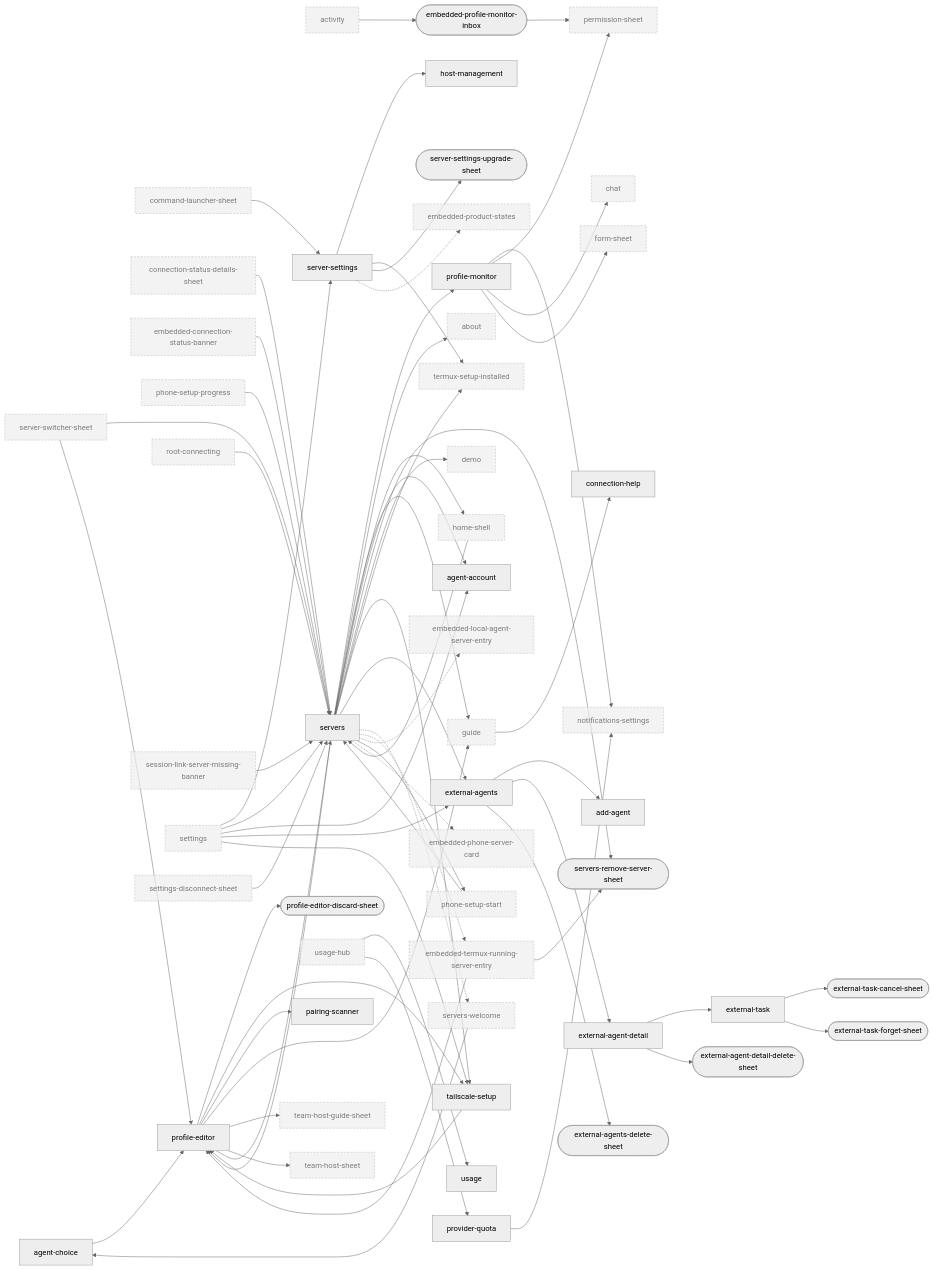
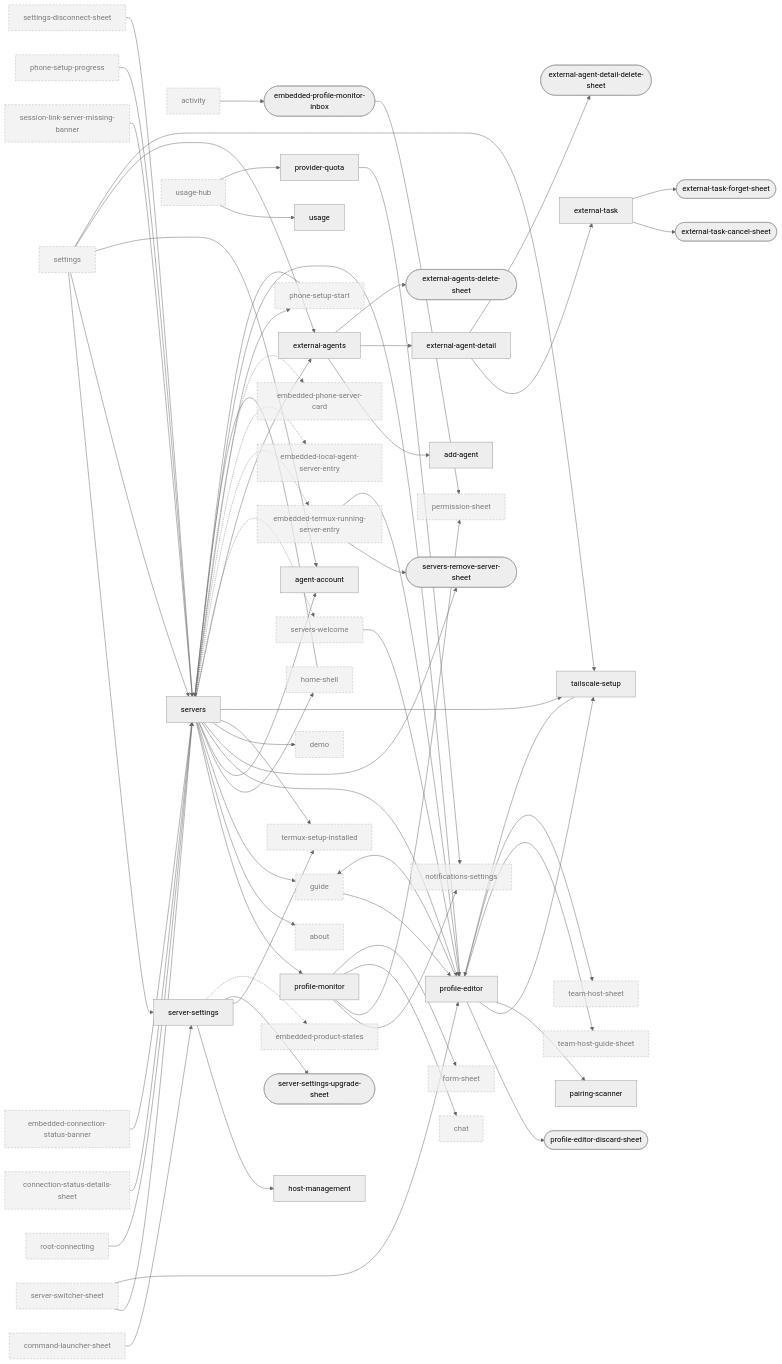
The fifth of 10 diagrams in docs/design/ui-ledger/navigation.md (Breskott/opencode-mobile-next), drawn with Mermaid (neutral theme) before and after one commit. The commit also changed other lines of this file and 79 other files, not shown here.

First line of the commit message:
feat(servers): P3.9 add a computer in one path — agent choice and connection help fold into Add server's steps [skip ci]

```diff
--- a/docs/design/ui-ledger/navigation.md
+++ b/docs/design/ui-ledger/navigation.md
@@ -685,10 +685,8 @@
   activity["activity"]:::ext
   add_agent["add-agent"]
   agent_account["agent-account"]
-  agent_choice["agent-choice"]
   chat["chat"]:::ext
   command_launcher_sheet["command-launcher-sheet"]:::ext
-  connection_help["connection-help"]
   connection_status_details_sheet["connection-status-details-sheet"]:::ext
   demo["demo"]:::ext
   embedded_connection_status_banner["embedded-connection-status-banner"]:::ext
@@ -752,8 +750,7 @@
   servers --> termux_setup_installed
   servers --> tailscale_setup
   servers --> external_agents
-  servers_welcome --> agent_choice
-  agent_choice --> profile_editor
+  servers_welcome --> profile_editor
   profile_editor --> profile_editor_discard_sheet
   profile_editor --> tailscale_setup
   profile_editor --> pairing_scanner
@@ -787,7 +784,7 @@
   settings_disconnect_sheet --> servers
   usage_hub --> usage
   usage_hub --> provider_quota
-  guide --> connection_help
+  guide --> profile_editor
   server_settings -.-> embedded_product_states
   profile_monitor --> form_sheet
   profile_editor --> servers
```
